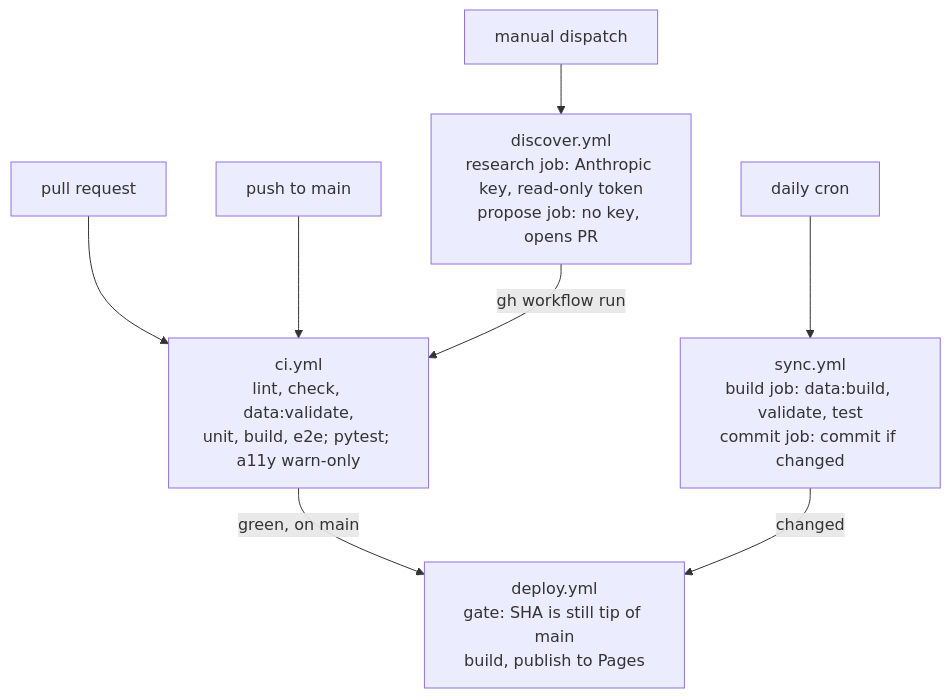
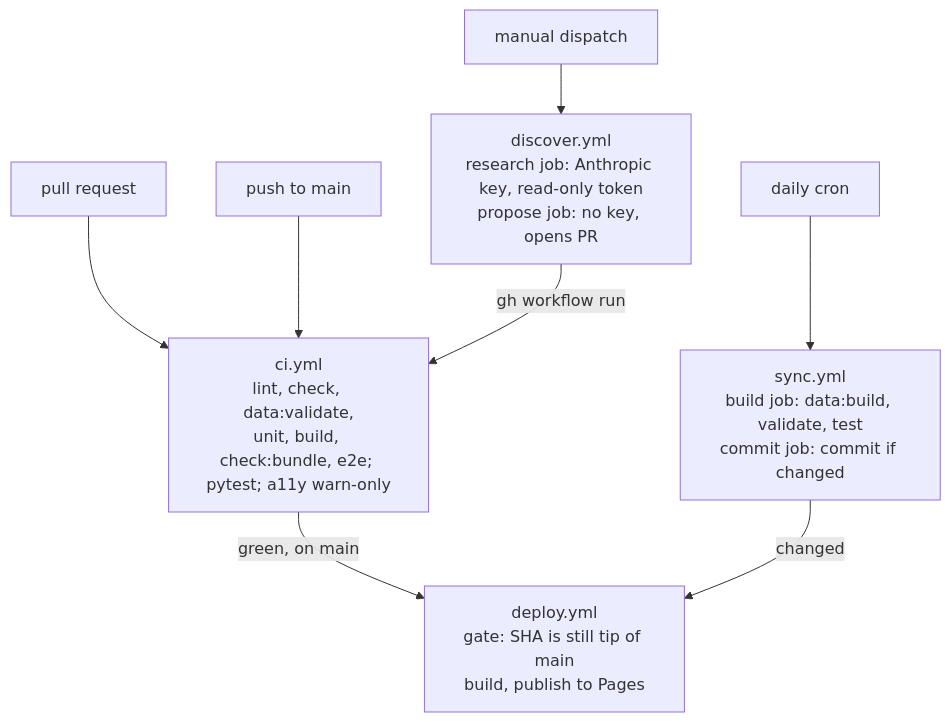
The fifth of 5 diagrams in system-architecture.md (vict0rsch/confmaps), drawn with Mermaid before and after one commit. The commit also changed other lines of this file and 5 other files, not shown here.

````diff
--- a/system-architecture.md
+++ b/system-architecture.md
@@ -428,10 +430,10 @@
 ```mermaid
 flowchart TB
-  PR[pull request] --> CI[ci.yml<br/>lint, check, data:validate,<br/>unit, build, e2e; pytest; a11y warn-only]
+  PR[pull request] --> CI[ci.yml<br/>lint, check, data:validate,<br/>unit, build, check:bundle, e2e; pytest; a11y warn-only]
   MAIN[push to main] --> CI
   CI -- "green, on main" --> DEP[deploy.yml<br/>gate: SHA is still tip of main<br/>build, publish to Pages]
   CRON[daily cron] --> SYNC[sync.yml<br/>build job: data:build, validate, test<br/>commit job: commit if changed]
   SYNC -- "changed" --> DEP
   DISP[manual dispatch] --> DISC[discover.yml<br/>research job: Anthropic key, read-only token<br/>propose job: no key, opens PR]
   DISC -- "gh workflow run" --> CI
 ```
````
